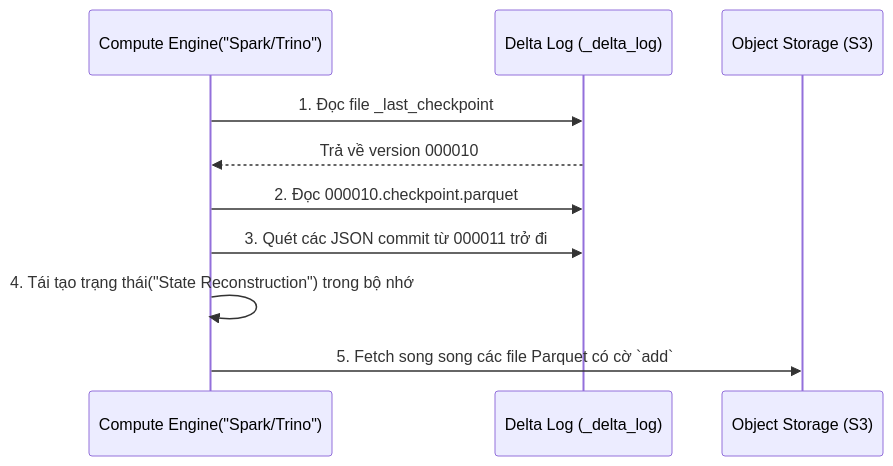
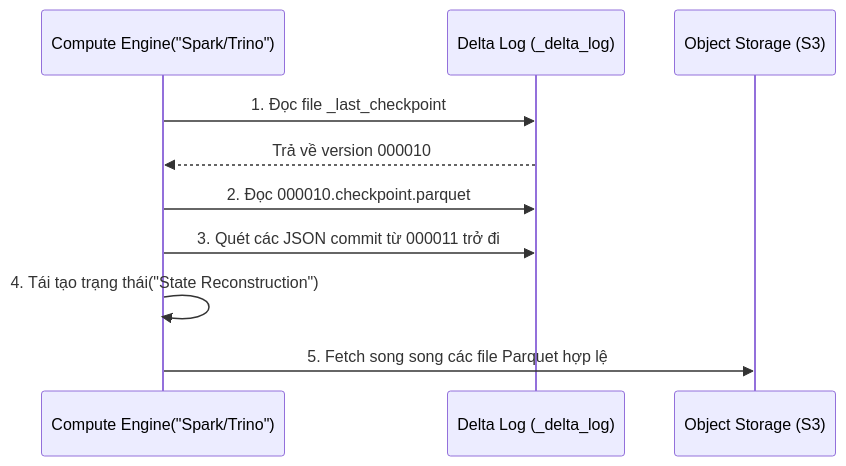
The first of 2 diagrams in src/content/docs/concepts/3-storage-engines-formats/delta-lake.md (kythuatdulieu/kythuatdulieu.github.io), drawn with Mermaid before and after one commit. The commit also changed other lines of this file and 228 other files, not shown here.

Commit message:
Fix syntax and rewrite 200+ concepts docs to deep-dive system architecture and add GA4 tracking to quiz app

````diff
--- a/src/content/docs/concepts/3-storage-engines-formats/delta-lake.md
+++ b/src/content/docs/concepts/3-storage-engines-formats/delta-lake.md
@@ -48,13 +43,13 @@
 ```mermaid
 sequenceDiagram
     participant C as Compute Engine("Spark/Trino")
     participant L as Delta Log (_delta_log)
     participant S as Object Storage (S3)
     
     C->>L: 1. Đọc file _last_checkpoint
     L-->>C: Trả về version 000010
     C->>L: 2. Đọc 000010.checkpoint.parquet
     C->>L: 3. Quét các JSON commit từ 000011 trở đi
-    C->>C: 4. Tái tạo trạng thái("State Reconstruction") trong bộ nhớ
-    C->>S: 5. Fetch song song các file Parquet có cờ `add`
+    C->>C: 4. Tái tạo trạng thái("State Reconstruction")
+    C->>S: 5. Fetch song song các file Parquet hợp lệ
 ```
````
